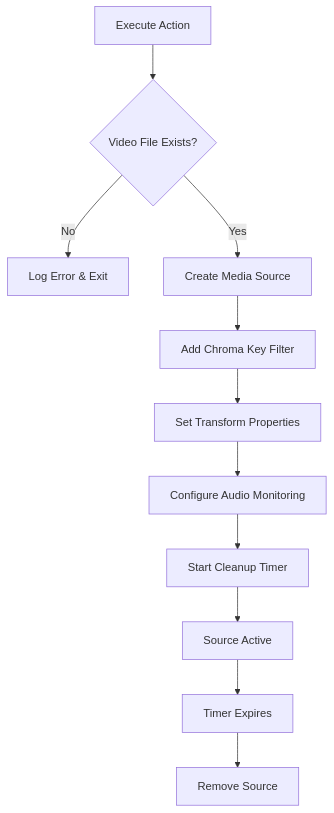
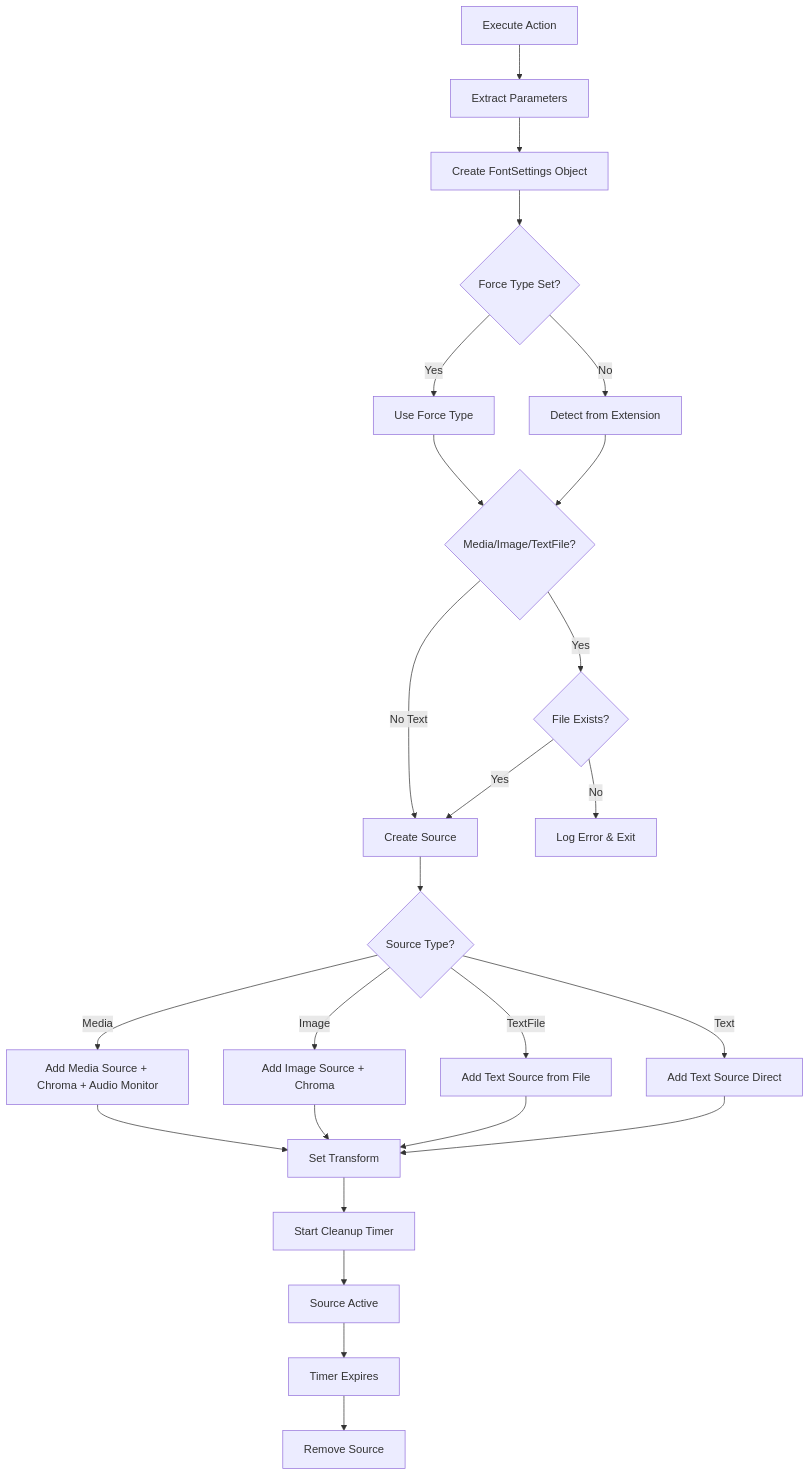
Before and after one commit to ArnieTW/Streamer.bot-Temporary-MediaSource-Population: the diagram in README.md, drawn with Mermaid. The commit also changed other lines of this file and 1 other file, not shown here.

Commit message:
Added compatibility with Images and Text based sources....

````diff
--- a/README.md
+++ b/README.md
@@ -193,13 +351,27 @@
 ```mermaid
 graph TD
-    A[Execute Action] --> B{Video File Exists?}
-    B -->|No| C[Log Error & Exit]
-    B -->|Yes| D[Create Media Source]
-    D --> E[Add Chroma Key Filter]
-    E --> F[Set Transform Properties]
-    F --> G[Configure Audio Monitoring]
-    G --> H[Start Cleanup Timer]
-    H --> I[Source Active]
-    I --> J[Timer Expires]
-    J --> K[Remove Source]
+    A[Execute Action] --> B[Extract Parameters]
+    B --> C[Create FontSettings Object]
+    C --> D{Force Type Set?}
+    D -->|Yes| E[Use Force Type]
+    D -->|No| F[Detect from Extension]
+    E --> G{Media/Image/TextFile?}
+    F --> G
+    G -->|Yes| H{File Exists?}
+    G -->|No Text| I[Create Source]
+    H -->|No| J[Log Error & Exit]
+    H -->|Yes| I
+    I --> K{Source Type?}
+    K -->|Media| L[Add Media Source + Chroma + Audio Monitor]
+    K -->|Image| M[Add Image Source + Chroma]
+    K -->|TextFile| N[Add Text Source from File]
+    K -->|Text| O[Add Text Source Direct]
+    L --> P[Set Transform]
+    M --> P
+    N --> P
+    O --> P
+    P --> Q[Start Cleanup Timer]
+    Q --> R[Source Active]
+    R --> S[Timer Expires]
+    S --> T[Remove Source]
 ```
````
